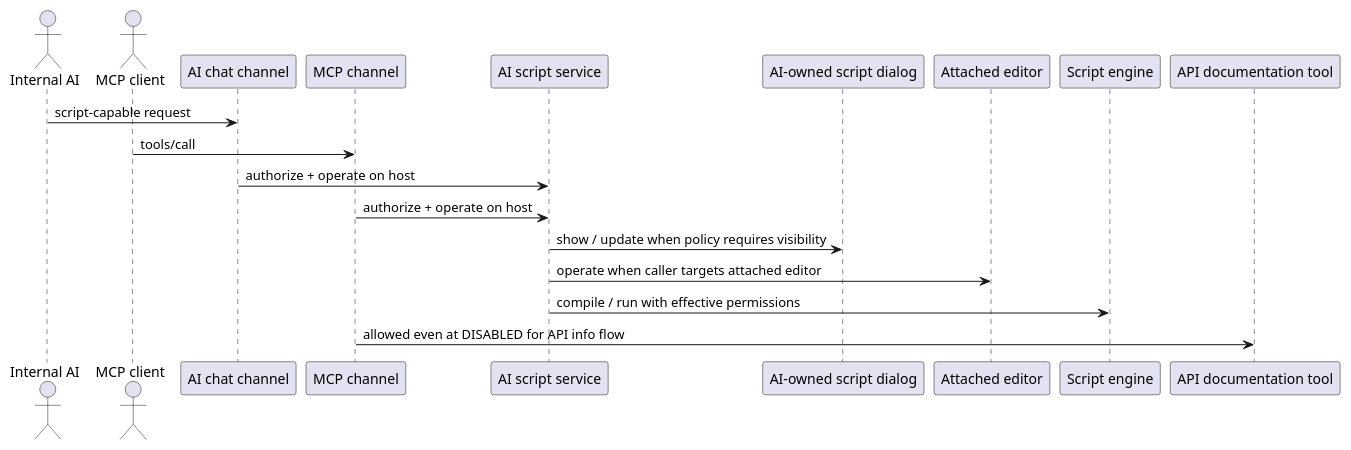
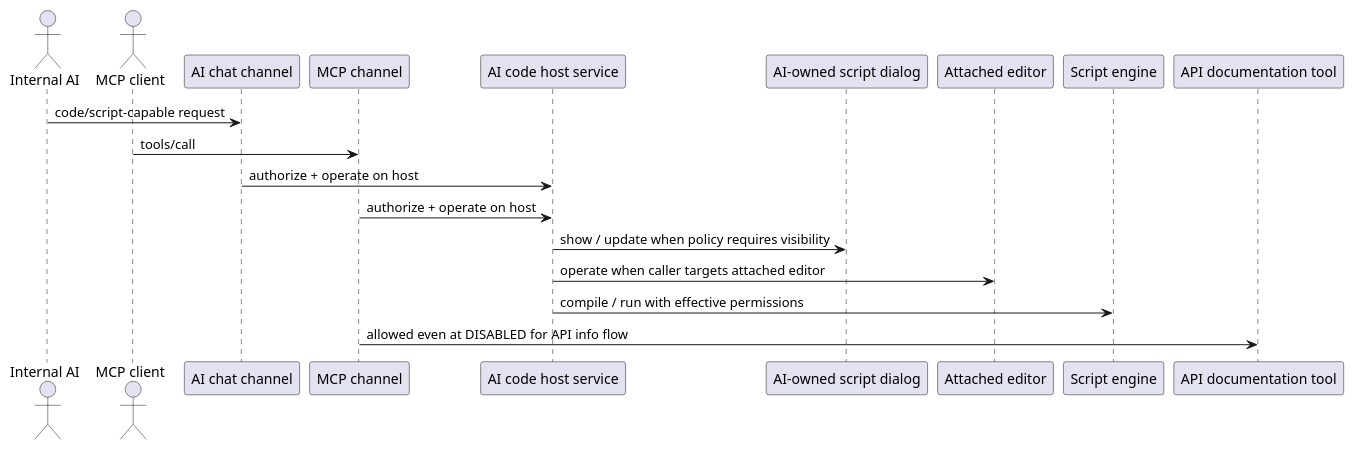
One commit to hyperdreamer/freeplane changed the fourth of 6 diagrams in ai-specs/tasks/in-progress/groovy-script-execution-tool.md. Above: the diagram before and after it, drawn with PlantUML. The commit also changed other lines of this file, not shown here.

Commit message:
2026-04-09-script-tool Align task with attached-code contract and approval-ready design

````diff
--- a/ai-specs/tasks/in-progress/groovy-script-execution-tool.md
+++ b/ai-specs/tasks/in-progress/groovy-script-execution-tool.md
@@ -649,22 +769,22 @@
 ```plantuml
 @startuml
 actor "Internal AI" as Chat
 actor "MCP client" as MCP
 participant "AI chat channel" as ChatChannel
 participant "MCP channel" as McpChannel
-participant "AI script service" as ScriptService
+participant "AI code host service" as CodeService
 participant "AI-owned script dialog" as AiDialog
 participant "Attached editor" as AttachedEditor
 participant "Script engine" as Engine
 participant "API documentation tool" as ApiTool
 
-Chat -> ChatChannel: script-capable request
+Chat -> ChatChannel: code/script-capable request
 MCP -> McpChannel: tools/call
-ChatChannel -> ScriptService: authorize + operate on host
-McpChannel -> ScriptService: authorize + operate on host
-ScriptService -> AiDialog: show / update when policy requires visibility
-ScriptService -> AttachedEditor: operate when caller targets attached editor
-ScriptService -> Engine: compile / run with effective permissions
+ChatChannel -> CodeService: authorize + operate on host
+McpChannel -> CodeService: authorize + operate on host
+CodeService -> AiDialog: show / update when policy requires visibility
+CodeService -> AttachedEditor: operate when caller targets attached editor
+CodeService -> Engine: compile / run with effective permissions
 McpChannel -> ApiTool: allowed even at DISABLED for API info flow
 @enduml
 ```
````
